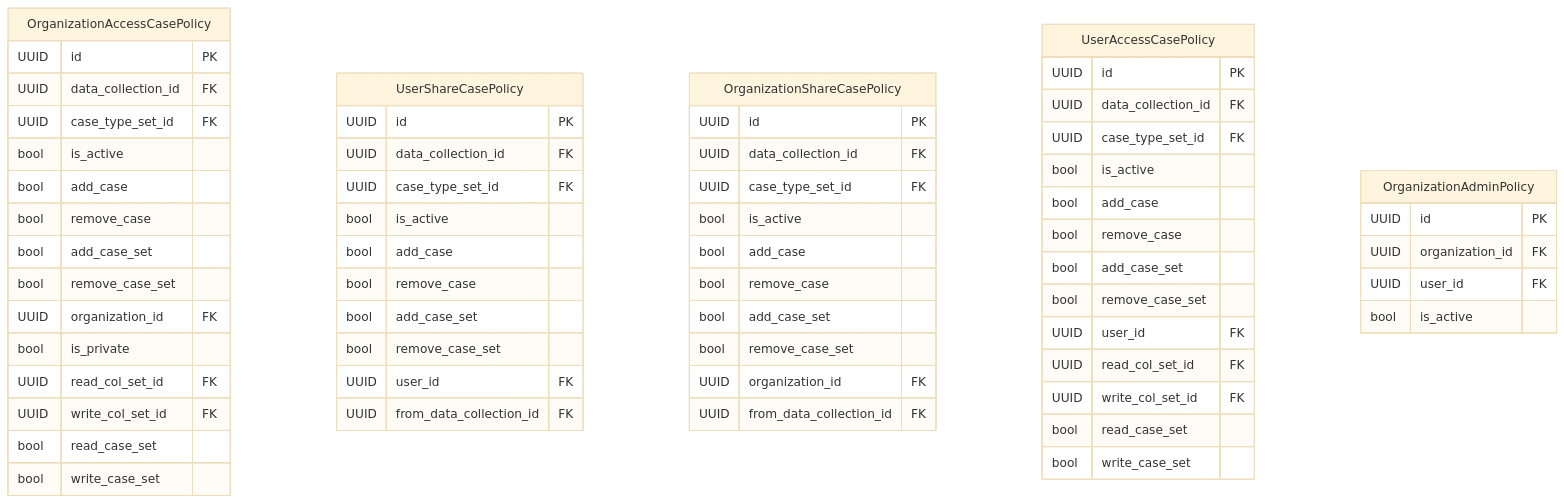
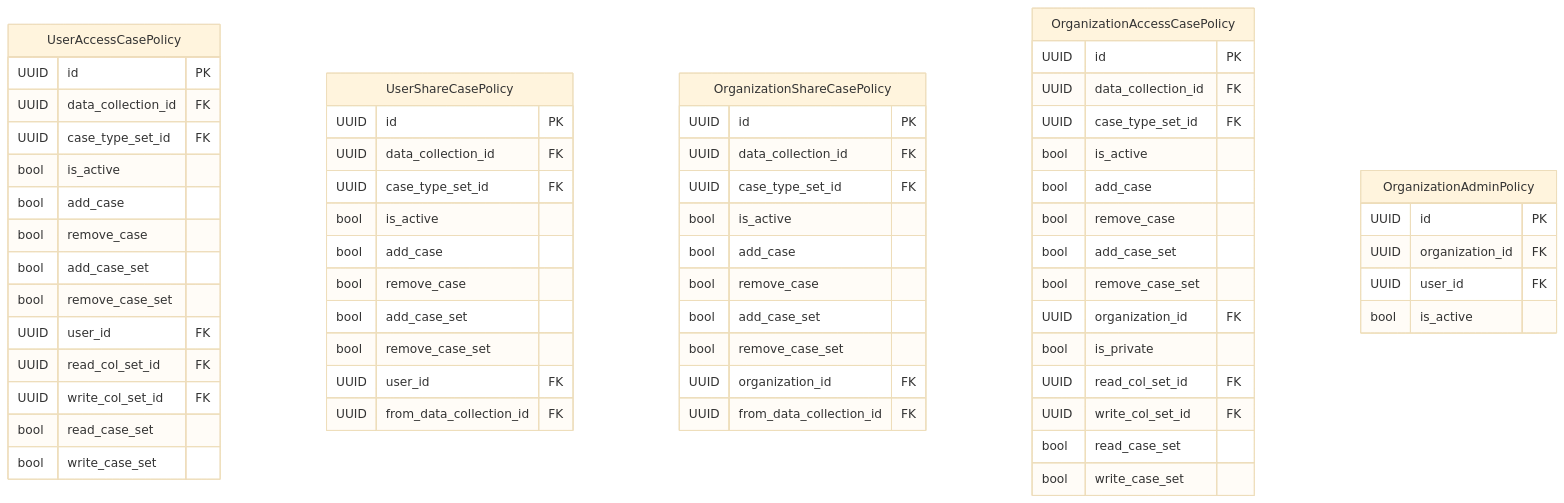
The diagram in docs/erm/casedb.abac.detailed.md (RIVM-bioinformatics/gen-epix-api), drawn with Mermaid (base theme) before and after one commit. The commit also changed other lines of this file and 158 other files, not shown here.

````diff
--- a/docs/erm/casedb.abac.detailed.md
+++ b/docs/erm/casedb.abac.detailed.md
@@ -5,72 +5,72 @@
 ```mermaid
 erDiagram
     %% casedb / ABAC (detailed)
 
     %% Entity definitions
-    OrganizationAccessCasePolicy {
+    UserAccessCasePolicy {
         UUID id PK
         UUID data_collection_id FK
         UUID case_type_set_id FK
         bool is_active
         bool add_case
         bool remove_case
         bool add_case_set
         bool remove_case_set
-        UUID organization_id FK
-        bool is_private
+        UUID user_id FK
         UUID read_col_set_id FK
         UUID write_col_set_id FK
         bool read_case_set
         bool write_case_set
     }
 
     UserShareCasePolicy {
         UUID id PK
         UUID data_collection_id FK
         UUID case_type_set_id FK
         bool is_active
         bool add_case
         bool remove_case
         bool add_case_set
         bool remove_case_set
         UUID user_id FK
         UUID from_data_collection_id FK
     }
 
     OrganizationShareCasePolicy {
         UUID id PK
         UUID data_collection_id FK
         UUID case_type_set_id FK
         bool is_active
         bool add_case
         bool remove_case
         bool add_case_set
         bool remove_case_set
         UUID organization_id FK
         UUID from_data_collection_id FK
     }
 
-    UserAccessCasePolicy {
+    OrganizationAccessCasePolicy {
         UUID id PK
         UUID data_collection_id FK
         UUID case_type_set_id FK
         bool is_active
         bool add_case
         bool remove_case
         bool add_case_set
         bool remove_case_set
-        UUID user_id FK
+        UUID organization_id FK
+        bool is_private
         UUID read_col_set_id FK
         UUID write_col_set_id FK
         bool read_case_set
         bool write_case_set
     }
 
     OrganizationAdminPolicy {
         UUID id PK
         UUID organization_id FK
         UUID user_id FK
         bool is_active
     }
 
 ```
````
